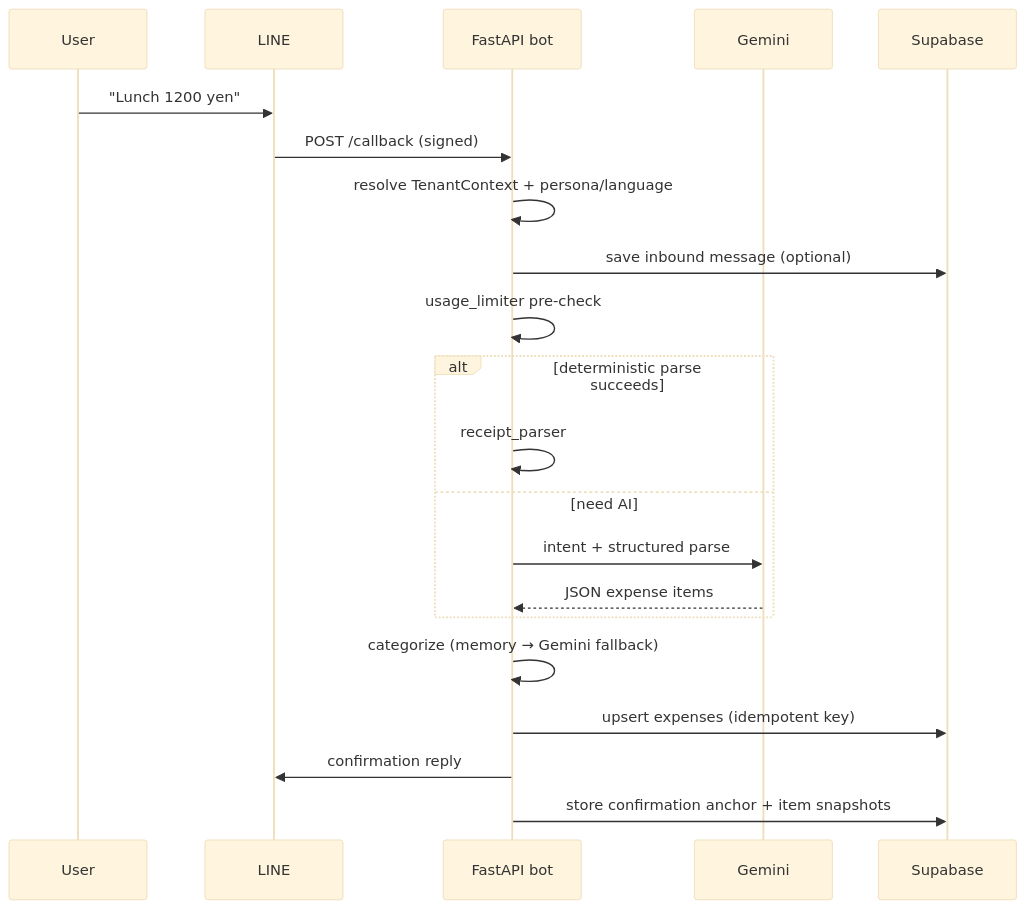
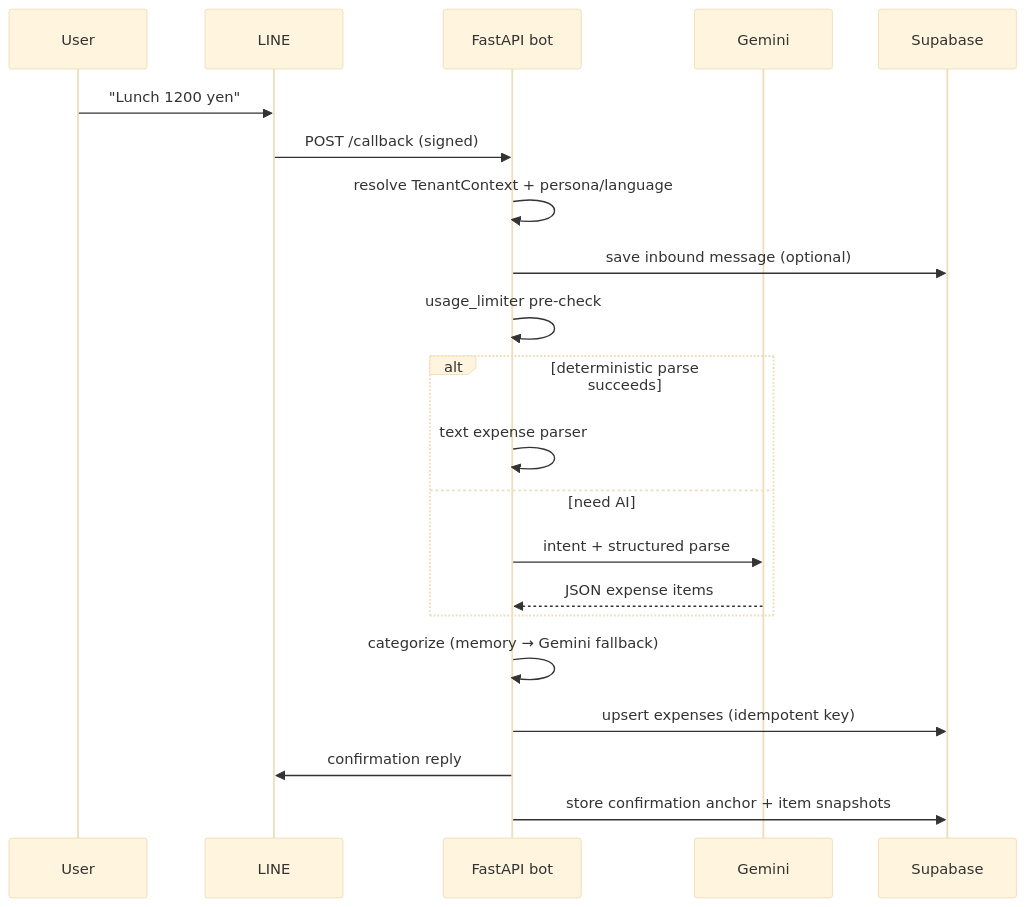
One commit to yangxb8/linebot-money-tracker changed the fifth of 7 diagrams in docs/ARCHITECTURE.md. Above: the diagram before and after it, drawn with Mermaid (base theme). The commit also changed other lines of this file and 20 other files, not shown here.

First line of the commit message:
Fix text amount parsing and remove dead receipt OCR pipeline (#95)

````diff
--- a/docs/ARCHITECTURE.md
+++ b/docs/ARCHITECTURE.md
@@ -284,24 +282,24 @@
 ```mermaid
 sequenceDiagram
   participant U as User
   participant L as LINE
   participant B as FastAPI bot
   participant G as Gemini
   participant DB as Supabase
 
   U->>L: "Lunch 1200 yen"
   L->>B: POST /callback (signed)
   B->>B: resolve TenantContext + persona/language
   B->>DB: save inbound message (optional)
   B->>B: usage_limiter pre-check
   alt deterministic parse succeeds
-    B->>B: receipt_parser
+    B->>B: text expense parser
   else need AI
     B->>G: intent + structured parse
     G-->>B: JSON expense items
   end
   B->>B: categorize (memory → Gemini fallback)
   B->>DB: upsert expenses (idempotent key)
   B->>L: confirmation reply
   B->>DB: store confirmation anchor + item snapshots
 ```
````
